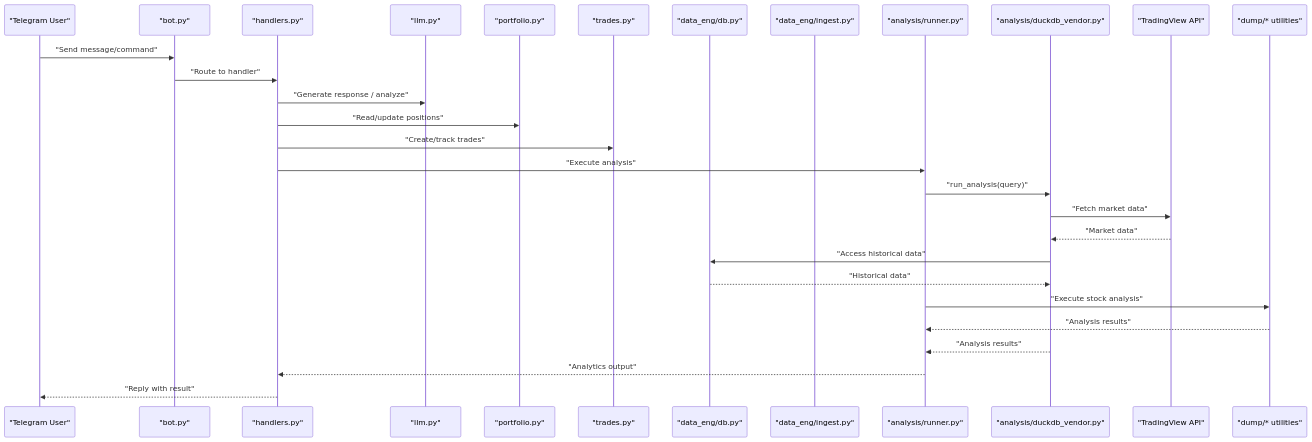
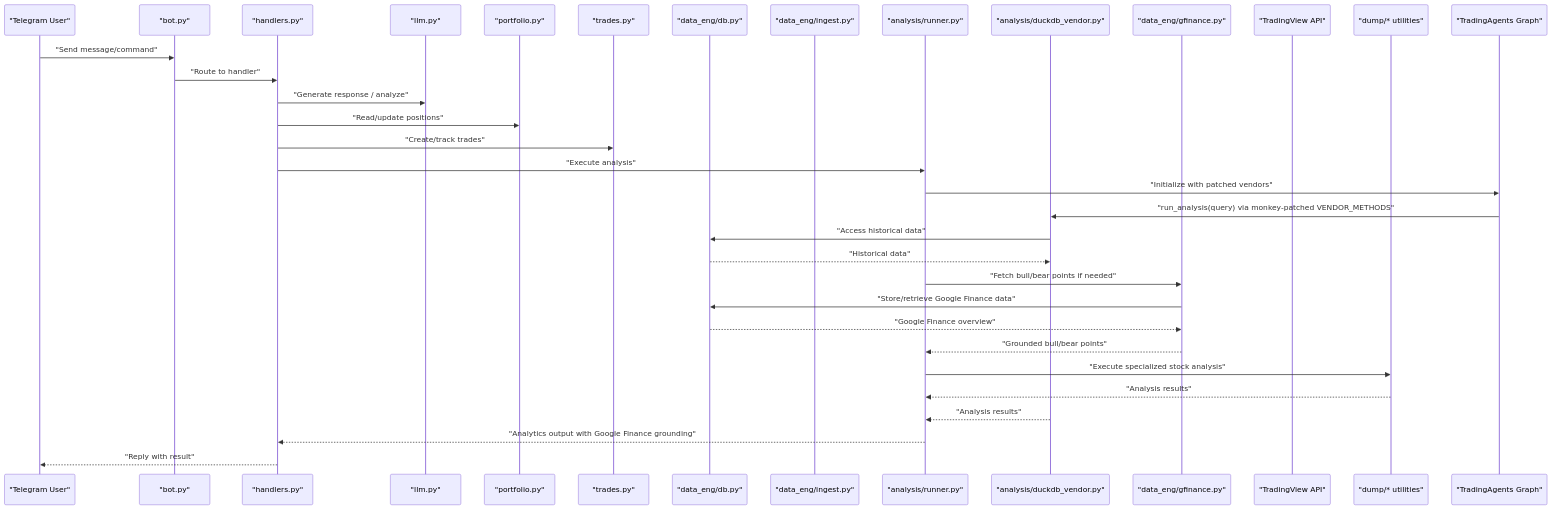
One commit to ZengSeng/telegram-bot changed the second of 13 diagrams in .qoder/repowiki/en/content/Core Components/Analysis Framework.md. Above: the diagram before and after it, drawn with Mermaid. The commit also changed other lines of this file and 22 other files, not shown here.

````diff
--- a/.qoder/repowiki/en/content/Core Components/Analysis Framework.md
+++ b/.qoder/repowiki/en/content/Core Components/Analysis Framework.md
@@ -165,31 +176,36 @@
 ```mermaid
 sequenceDiagram
 participant User as "Telegram User"
 participant Bot as "bot.py"
 participant Handler as "handlers.py"
 participant LLM as "llm.py"
 participant Portfolio as "portfolio.py"
 participant Trades as "trades.py"
 participant DB as "data_eng/db.py"
 participant Ingest as "data_eng/ingest.py"
 participant Runner as "analysis/runner.py"
 participant DuckDB as "analysis/duckdb_vendor.py"
+participant GoogleFinance as "data_eng/gfinance.py"
 participant TradingView as "TradingView API"
 participant DumpUtils as "dump/* utilities"
+participant TradingAgents as "TradingAgents Graph"
 User->>Bot : "Send message/command"
 Bot->>Handler : "Route to handler"
 Handler->>LLM : "Generate response / analyze"
 Handler->>Portfolio : "Read/update positions"
 Handler->>Trades : "Create/track trades"
 Handler->>Runner : "Execute analysis"
-Runner->>DuckDB : "run_analysis(query)"
-DuckDB->>TradingView : "Fetch market data"
-TradingView-->>DuckDB : "Market data"
+Runner->>TradingAgents : "Initialize with patched vendors"
+TradingAgents->>DuckDB : "run_analysis(query) via monkey-patched VENDOR_METHODS"
 DuckDB->>DB : "Access historical data"
 DB-->>DuckDB : "Historical data"
-Runner->>DumpUtils : "Execute stock analysis"
+Runner->>GoogleFinance : "Fetch bull/bear points if needed"
+GoogleFinance->>DB : "Store/retrieve Google Finance data"
+DB-->>GoogleFinance : "Google Finance overview"
+GoogleFinance-->>Runner : "Grounded bull/bear points"
+Runner->>DumpUtils : "Execute specialized stock analysis"
 DumpUtils-->>Runner : "Analysis results"
 DuckDB-->>Runner : "Analysis results"
-Runner-->>Handler : "Analytics output"
+Runner-->>Handler : "Analytics output with Google Finance grounding"
 Handler-->>User : "Reply with result"
 ```
````
